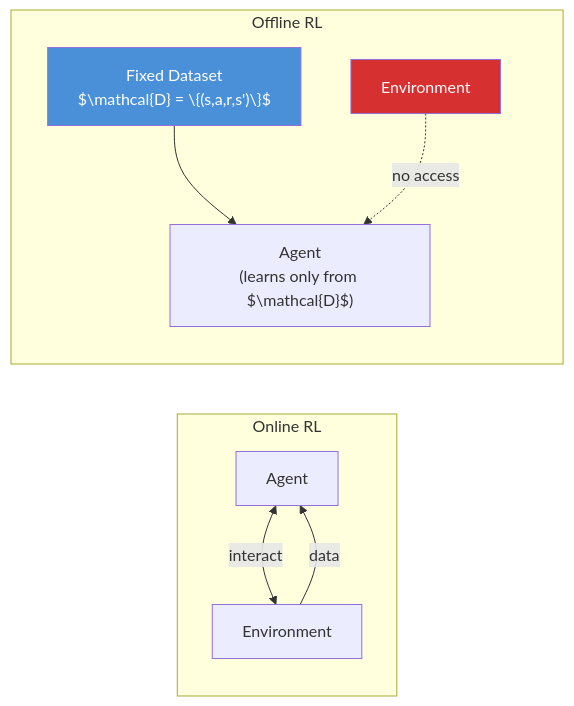
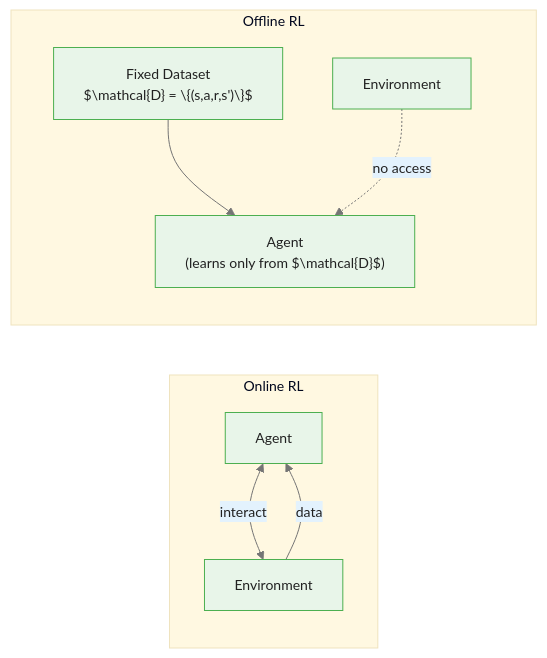
Before and after one commit to m-deane/course-creator: the first of 4 diagrams in courses/reinforcement-learning/modules/module_09_frontiers/guides/02_offline_rl_slides.md, drawn with Mermaid. The commit also changed other lines of this file and 131 other files, not shown here.

````diff
--- a/courses/reinforcement-learning/modules/module_09_frontiers/guides/02_offline_rl_slides.md
+++ b/courses/reinforcement-learning/modules/module_09_frontiers/guides/02_offline_rl_slides.md
@@ -25,13 +25,12 @@
 ```mermaid
+%%{init: {"theme": "base", "themeVariables": {"primaryColor": "#e8f5e9", "primaryBorderColor": "#4caf50", "primaryTextColor": "#212121", "secondaryColor": "#e3f2fd", "tertiaryColor": "#fff8e1", "lineColor": "#757575", "fontFamily": "Inter, sans-serif", "fontSize": "14px"}}}%%
 flowchart LR
     subgraph Online["Online RL"]
         Ag1["Agent"] <-->|"interact"| Env1["Environment"]
         Env1 -->|"data"| Ag1
     end
     subgraph Offline["Offline RL"]
         D["Fixed Dataset\n$\mathcal{D} = \{(s,a,r,s')\}$"] --> Ag2["Agent\n(learns only from $\mathcal{D}$)"]
         X["Environment"] -.->|"no access"| Ag2
     end
-    style X fill:#d63031,color:#fff
-    style D fill:#4A90D9,color:#fff
 ```
````
